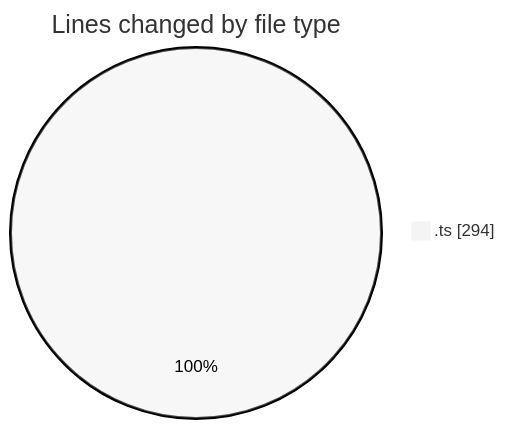
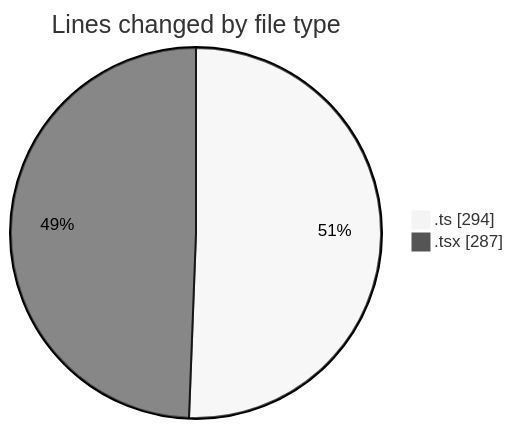
The first of 2 diagrams in 2025-11-13/eventscop-frontend-guide__workspace_/README.md (julien-gomy/code-tracking), drawn with Mermaid (neutral theme) before and after one commit. The commit also changed other lines of this file and 1 other file, not shown here.

````diff
--- a/2025-11-13/eventscop-frontend-guide__workspace_/README.md
+++ b/2025-11-13/eventscop-frontend-guide__workspace_/README.md
@@ -23,5 +24,6 @@
 ```mermaid
 pie showData
 title Lines changed by file type
 ".ts" : 294
+".tsx" : 287
 ```
````
